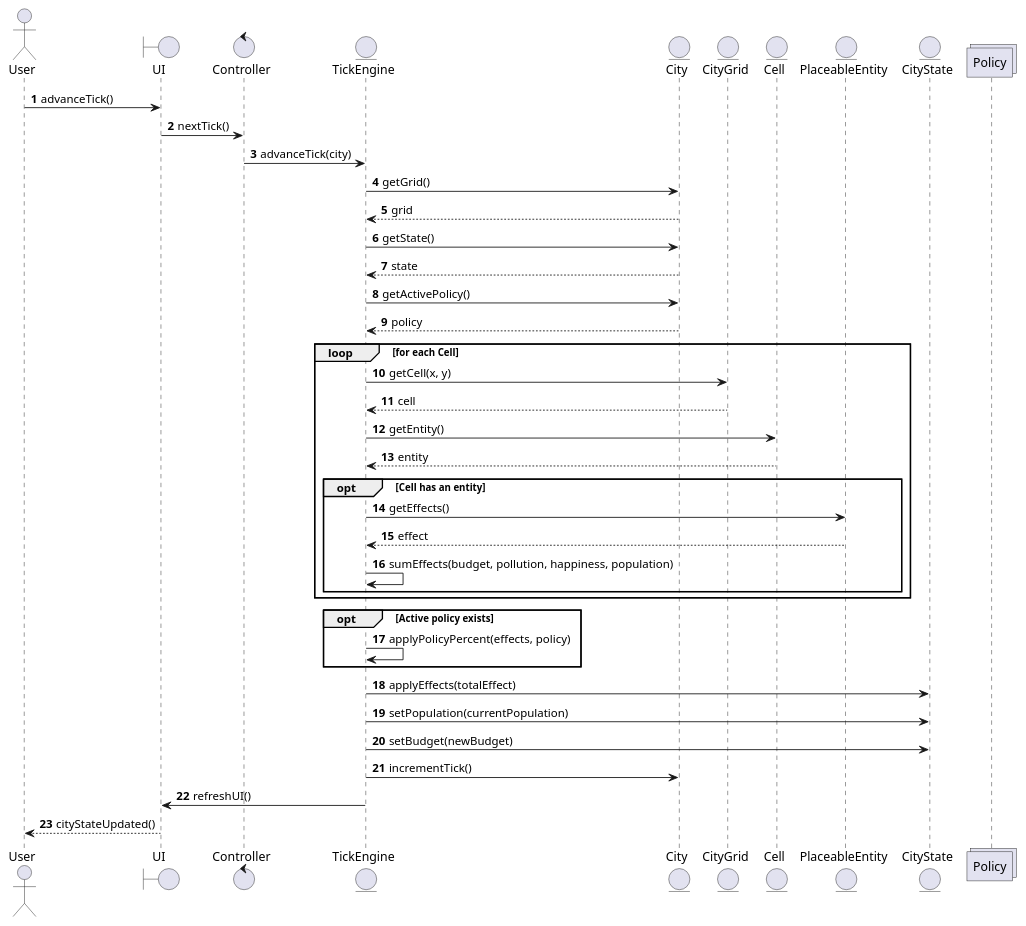
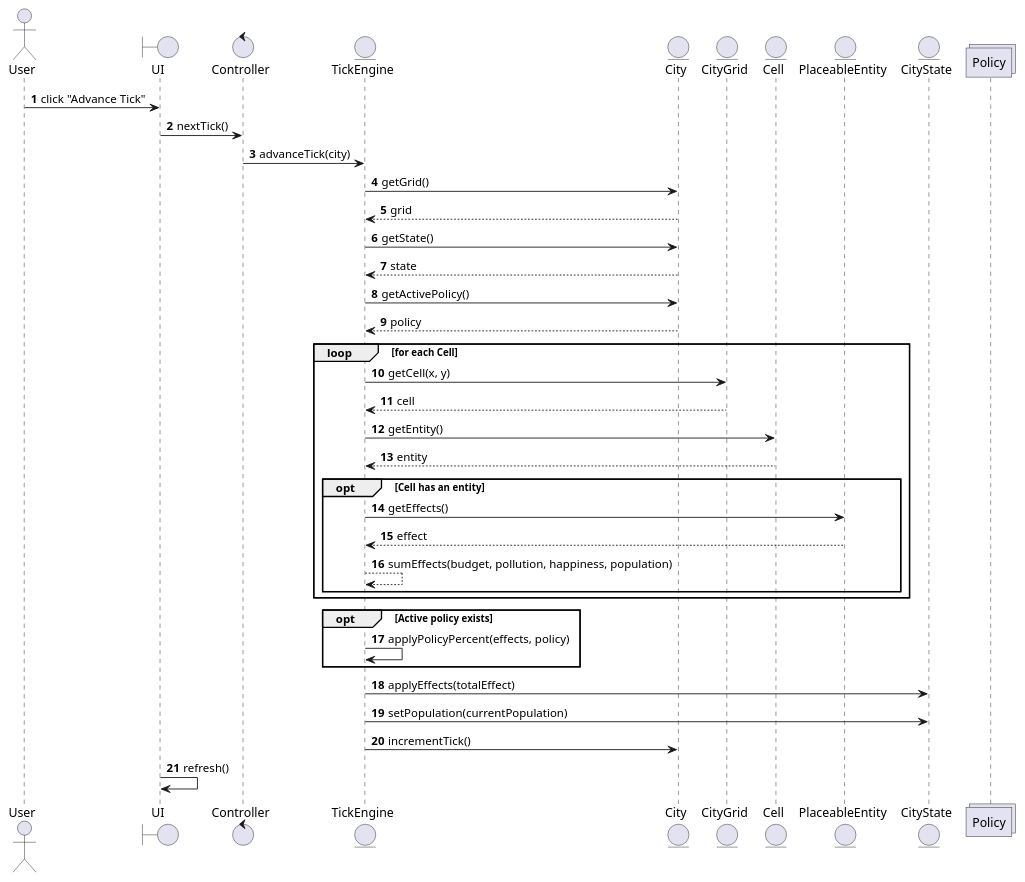
Before and after one commit to Anna-code17/ssa_project: the fourth of 5 diagrams in documents/diagrams_md/system_sequence_diagrams.md, drawn with PlantUML.

````diff
--- a/documents/diagrams_md/system_sequence_diagrams.md
+++ b/documents/diagrams_md/system_sequence_diagrams.md
@@ -179,68 +179,68 @@
 ```plantuml
 
 @startuml
 autonumber
 
 actor User
 
 boundary UI
 control Controller
 entity TickEngine
 entity City
 entity CityGrid
 entity Cell
 entity PlaceableEntity
 entity CityState
 collections Policy
 
-User -> UI : advanceTick()
+User -> UI : click "Advance Tick"
 UI -> Controller : nextTick()
 
 Controller -> TickEngine : advanceTick(city)
 
 TickEngine -> City : getGrid()
 City --> TickEngine : grid
 
 TickEngine -> City : getState()
 City --> TickEngine : state
 
 TickEngine -> City : getActivePolicy()
 City --> TickEngine : policy
 
 loop for each Cell
 
     TickEngine -> CityGrid : getCell(x, y)
     CityGrid --> TickEngine : cell
 
     TickEngine -> Cell : getEntity()
     Cell --> TickEngine : entity
 
     opt Cell has an entity
 
         TickEngine -> PlaceableEntity : getEffects()
         PlaceableEntity --> TickEngine : effect
 
-        TickEngine -> TickEngine : sumEffects(budget, pollution, happiness, population)
+        TickEngine --> TickEngine : sumEffects(budget, pollution, happiness, population)
 
     end
 
 end
 
 opt Active policy exists
 
     TickEngine -> TickEngine : applyPolicyPercent(effects, policy)
 
 end
 
 TickEngine -> CityState : applyEffects(totalEffect)
 TickEngine -> CityState : setPopulation(currentPopulation)
-TickEngine -> CityState : setBudget(newBudget)
+
 
 TickEngine -> City : incrementTick()
 
-TickEngine -> UI : refreshUI()
-UI --> User : cityStateUpdated()
+
+UI -> UI : refresh()
 
 @enduml
 
 ```
````
